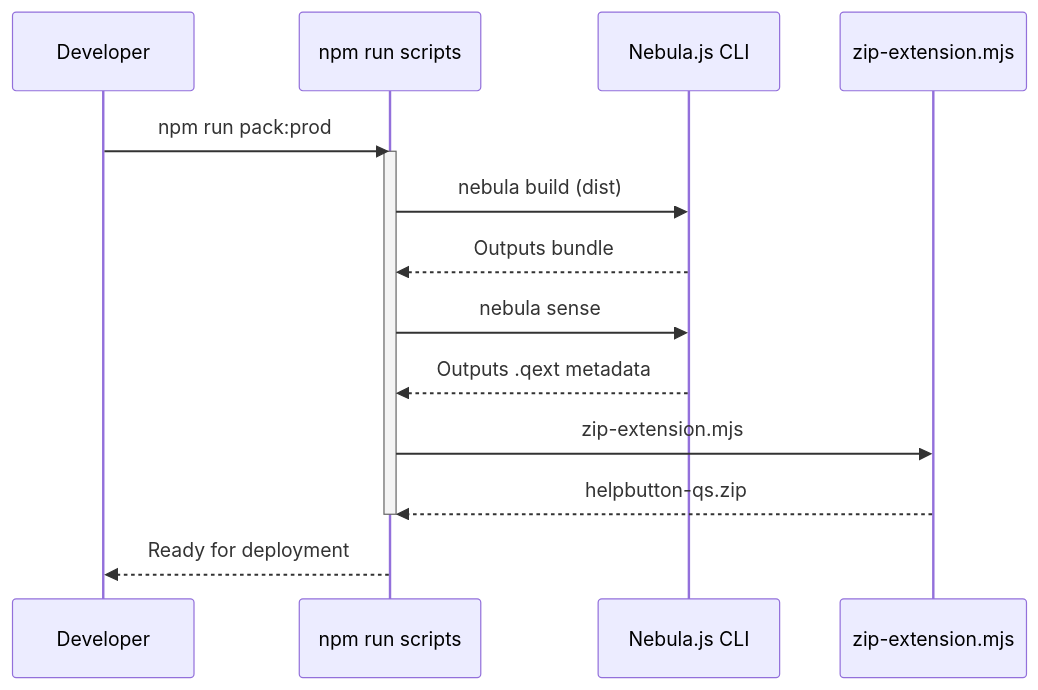
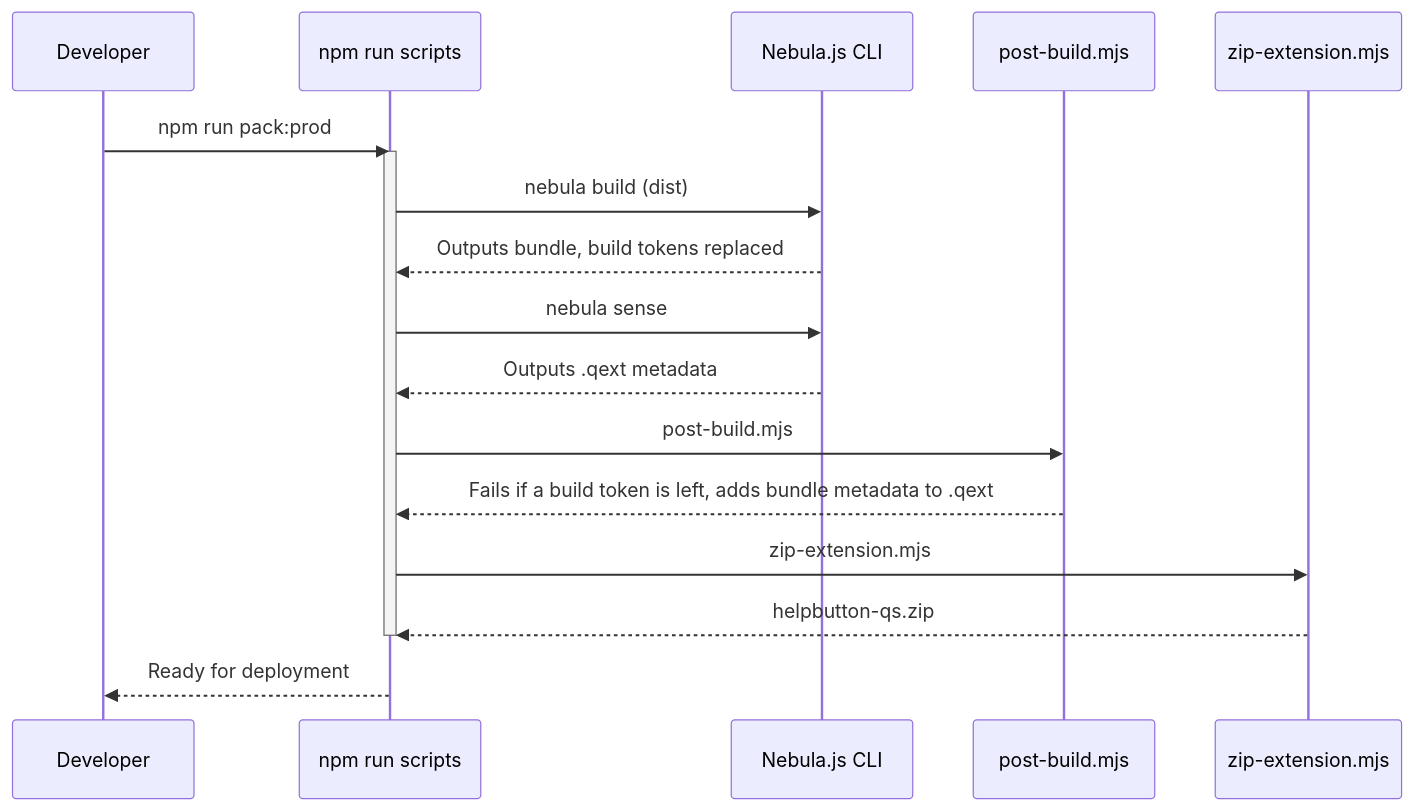
One commit to ptarmiganlabs/help-button.qs changed the diagram in docs/extension-developer/DEVELOPMENT.md. Above: the diagram before and after it, drawn with Mermaid. The commit also changed other lines of this file and 10 other files, not shown here.

````diff
--- a/docs/extension-developer/DEVELOPMENT.md
+++ b/docs/extension-developer/DEVELOPMENT.md
@@ -68,18 +68,21 @@
 ```mermaid
 sequenceDiagram
     participant Dev as Developer
     participant NPM as npm run scripts
     participant Nebula as Nebula.js CLI
+    participant Post as post-build.mjs
     participant Archiver as zip-extension.mjs
 
     Dev->>NPM: npm run pack:prod
     activate NPM
     NPM->>Nebula: nebula build (dist)
-    Nebula-->>NPM: Outputs bundle
+    Nebula-->>NPM: Outputs bundle, build tokens replaced
     NPM->>Nebula: nebula sense
     Nebula-->>NPM: Outputs .qext metadata
+    NPM->>Post: post-build.mjs
+    Post-->>NPM: Fails if a build token is left, adds bundle metadata to .qext
     NPM->>Archiver: zip-extension.mjs
     Archiver-->>NPM: helpbutton-qs.zip
     deactivate NPM
     NPM-->>Dev: Ready for deployment
 ```
````
